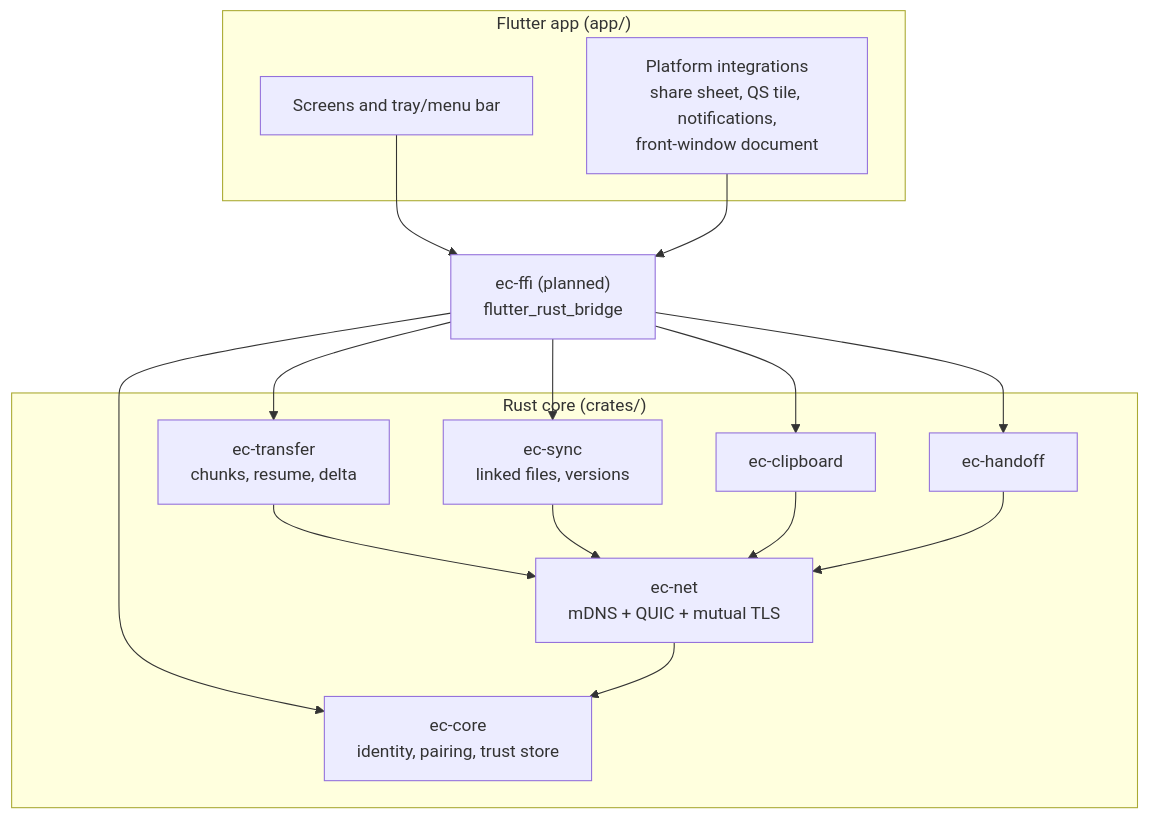
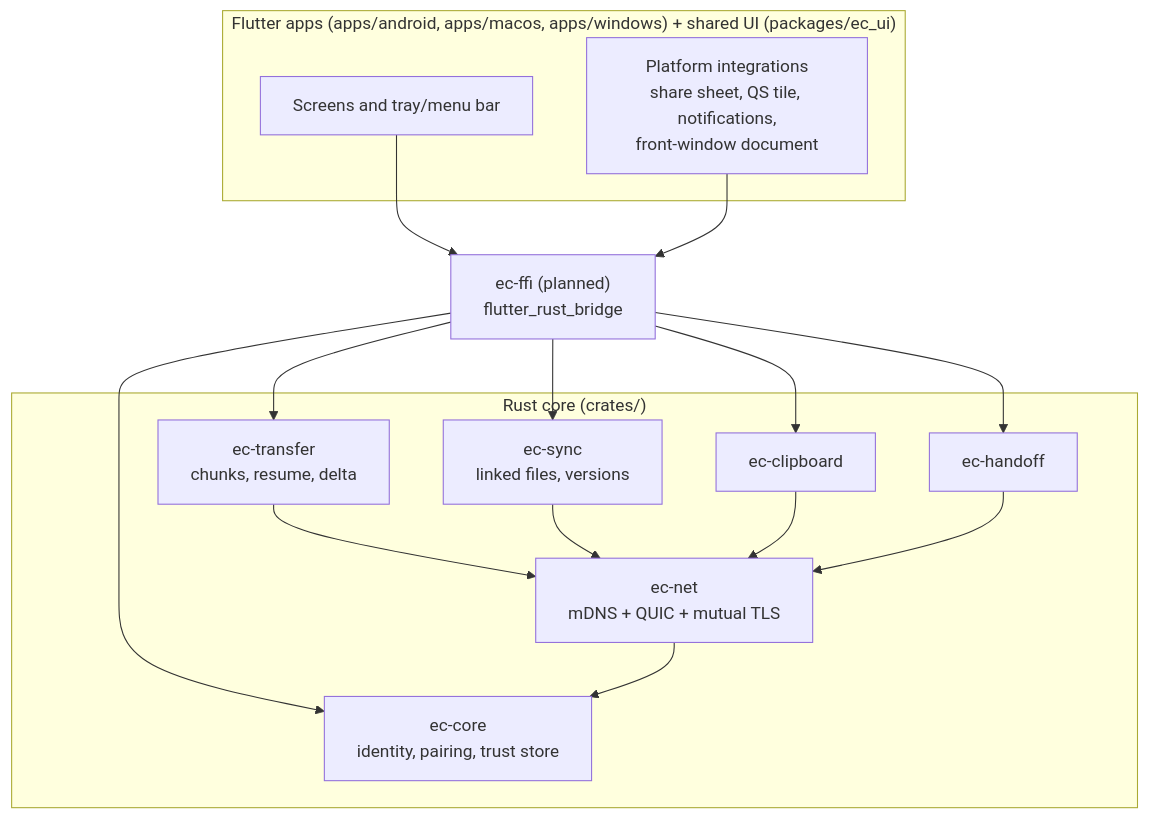
One commit to SerhanEnsar/ecosystem-connector changed the first of 2 diagrams in docs/ARCHITECTURE.md. Above: the diagram before and after it, drawn with Mermaid. The commit also changed other lines of this file and 133 other files, not shown here.

````diff
--- a/docs/ARCHITECTURE.md
+++ b/docs/ARCHITECTURE.md
@@ -21,21 +23,21 @@
 ```mermaid
 flowchart TB
-    subgraph app["Flutter app (app/)"]
+    subgraph app["Flutter apps (apps/android, apps/macos, apps/windows) + shared UI (packages/ec_ui)"]
         UI[Screens and tray/menu bar]
         PI[Platform integrations<br/>share sheet, QS tile, notifications,<br/>front-window document]
     end
     FFI["ec-ffi (planned)<br/>flutter_rust_bridge"]
     subgraph core["Rust core (crates/)"]
         CORE[ec-core<br/>identity, pairing, trust store]
         NET[ec-net<br/>mDNS + QUIC + mutual TLS]
         TR[ec-transfer<br/>chunks, resume, delta]
         SY[ec-sync<br/>linked files, versions]
         CB[ec-clipboard]
         HO[ec-handoff]
     end
     UI --> FFI
     PI --> FFI
     FFI --> CORE & TR & SY & CB & HO
     TR & SY & CB & HO --> NET
     NET --> CORE
 ```
````
